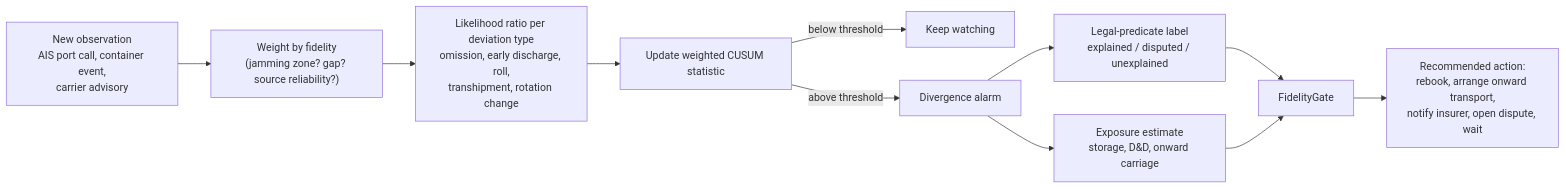
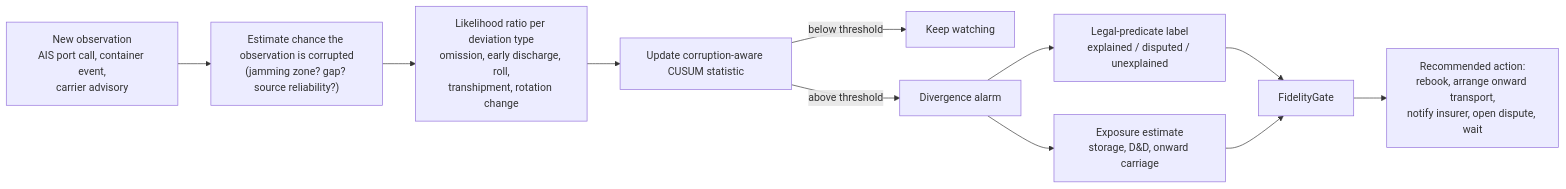
Before and after one commit to hbasired/GenAI-research: the first of 3 diagrams in research-topics/final_topic_when_the_data_lies.md, drawn with Mermaid. The commit also changed other lines of this file and 1 other file, not shown here.

````diff
--- a/research-topics/final_topic_when_the_data_lies.md
+++ b/research-topics/final_topic_when_the_data_lies.md
@@ -569,13 +614,13 @@
 ```mermaid
 flowchart LR
-  OBS["New observation<br/>AIS port call, container event,<br/>carrier advisory"] --> W["Weight by fidelity<br/>(jamming zone? gap? source reliability?)"]
+  OBS["New observation<br/>AIS port call, container event,<br/>carrier advisory"] --> W["Estimate chance the observation is corrupted<br/>(jamming zone? gap? source reliability?)"]
   W --> L["Likelihood ratio per deviation type<br/>omission, early discharge, roll,<br/>transhipment, rotation change"]
-  L --> S["Update weighted CUSUM statistic"]
+  L --> S["Update corruption-aware CUSUM statistic"]
   S -->|below threshold| WAIT["Keep watching"]
   S -->|above threshold| A["Divergence alarm"]
   A --> LEG["Legal-predicate label<br/>explained / disputed / unexplained"]
   A --> EXP["Exposure estimate<br/>storage, D&D, onward carriage"]
   LEG --> G["FidelityGate"]
   EXP --> G
   G --> OUT["Recommended action:<br/>rebook, arrange onward transport,<br/>notify insurer, open dispute, wait"]
 ```
````
